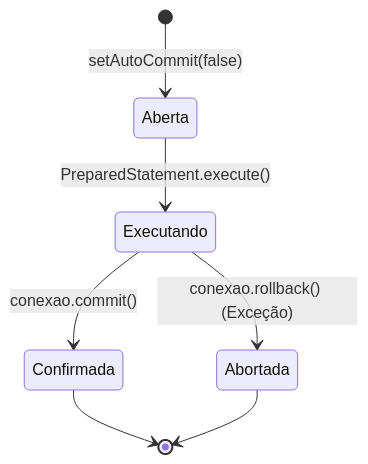
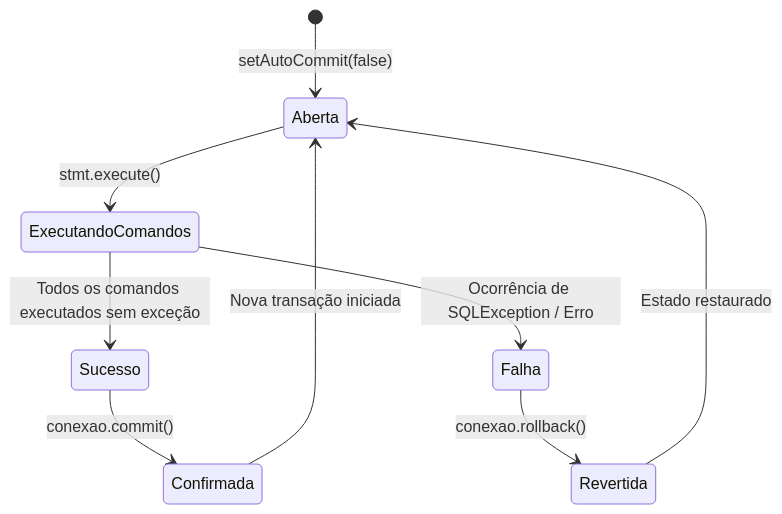
The ninth of 19 diagrams in 3º Semestre/[Prof. Jefferson Passerini] Laboratório de Programação III/Resumos-IA/Caderno-Consolidado.md (murilolol/unifef), drawn with Mermaid before and after one commit. The commit also changed other lines of this file and 40 other files, not shown here.

````diff
--- a/3º Semestre/[Prof. Jefferson Passerini] Laboratório de Programação III/Resumos-IA/Caderno-Consolidado.md
+++ b/3º Semestre/[Prof. Jefferson Passerini] Laboratório de Programação III/Resumos-IA/Caderno-Consolidado.md
@@ -758,9 +601,11 @@
 ```mermaid
 stateDiagram-v2
     [*] --> Aberta : setAutoCommit(false)
-    Aberta --> Executando : PreparedStatement.execute()
-    Executando --> Confirmada : conexao.commit()
-    Executando --> Abortada : conexao.rollback() (Exceção)
-    Confirmada --> [*]
-    Abortada --> [*]
+    Aberta --> ExecutandoComandos : stmt.execute()
+    ExecutandoComandos --> Sucesso : Todos os comandos executados sem exceção
+    ExecutandoComandos --> Falha : Ocorrência de SQLException / Erro
+    Sucesso --> Confirmada : conexao.commit()
+    Falha --> Revertida : conexao.rollback()
+    Confirmada --> Aberta : Nova transação iniciada
+    Revertida --> Aberta : Estado restaurado
 ```
````
